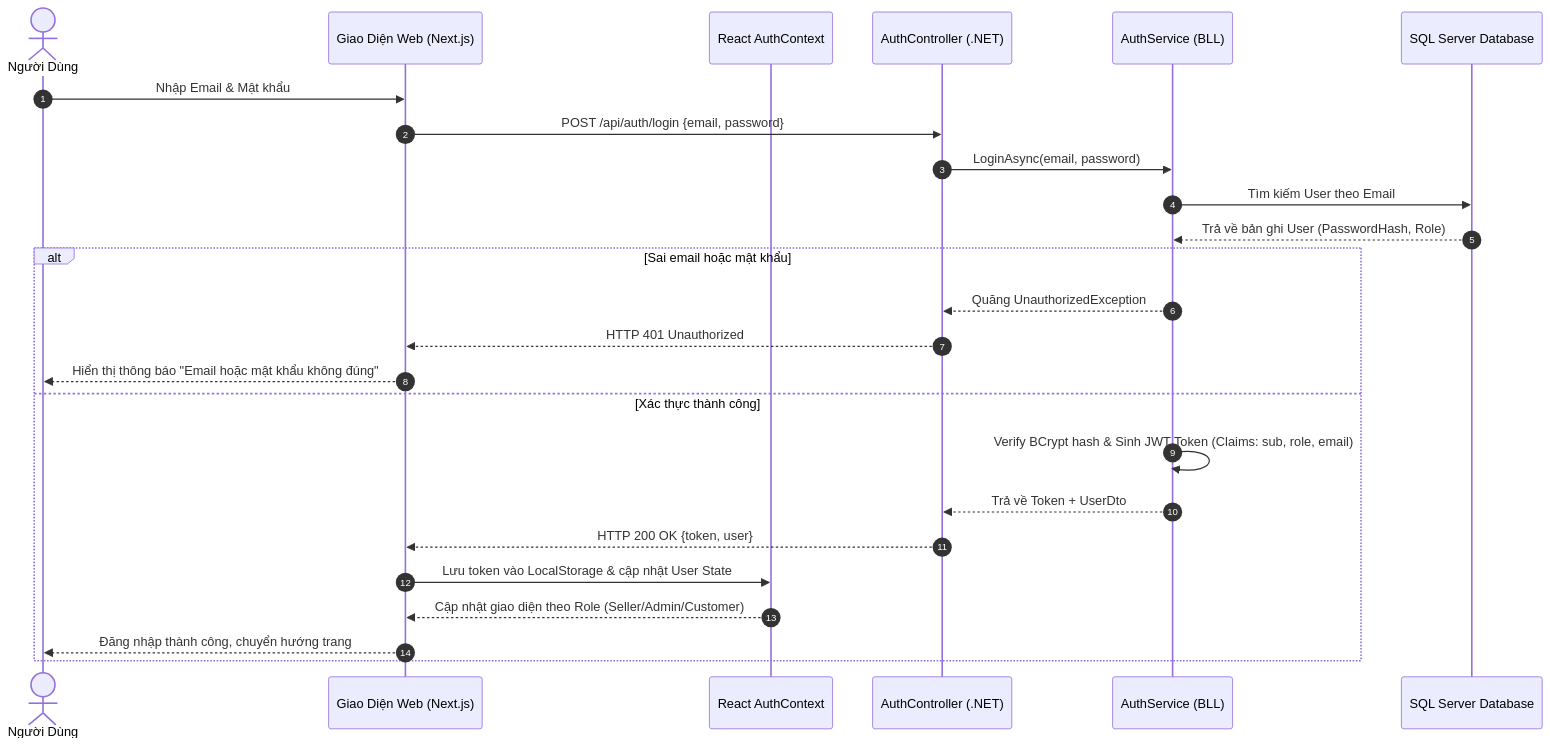
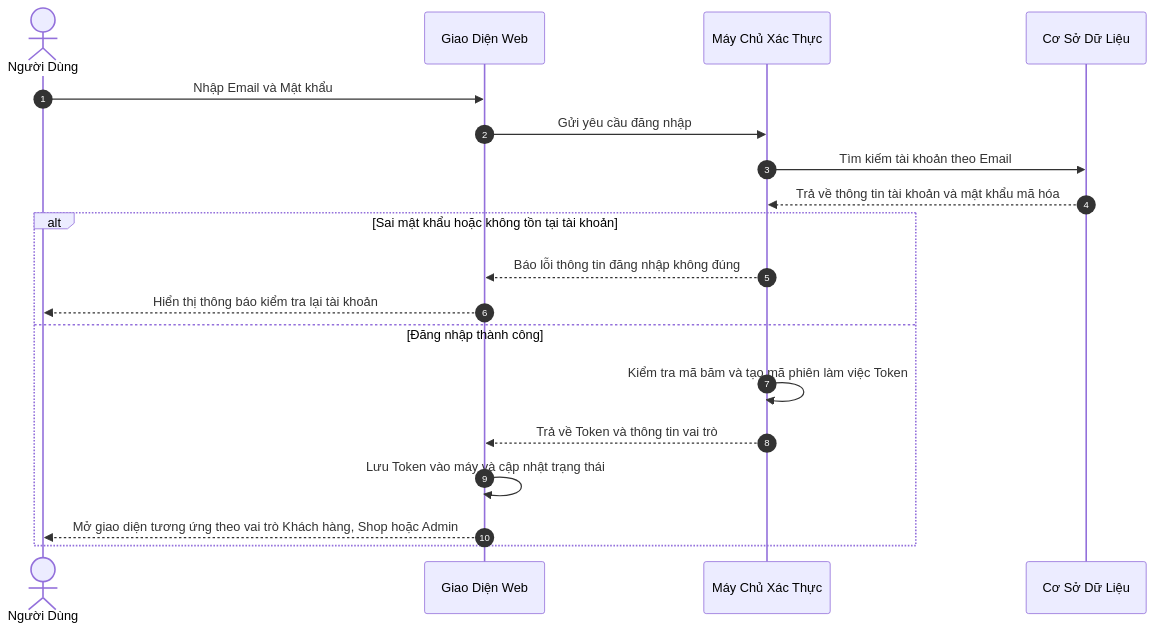
The tenth of 16 diagrams in BAO_CAO_THIET_KE_HE_THONG.md (ducmanh-jr/aethelgard_shopping_mall), drawn with Mermaid before and after one commit. The commit also changed other lines of this file and 310 other files, not shown here.

````diff
--- a/BAO_CAO_THIET_KE_HE_THONG.md
+++ b/BAO_CAO_THIET_KE_HE_THONG.md
@@ -423,29 +476,23 @@
 ```mermaid
 sequenceDiagram
     autonumber
     actor User as Người Dùng
-    participant UI as Giao Diện Web (Next.js)
-    participant AuthContext as React AuthContext
-    participant AuthAPI as AuthController (.NET)
-    participant AuthService as AuthService (BLL)
-    participant DB as SQL Server Database
+    participant UI as Giao Diện Web
+    participant AuthAPI as Máy Chủ Xác Thực
+    participant DB as Cơ Sở Dữ Liệu
 
-    User->>UI: Nhập Email & Mật khẩu
-    UI->>AuthAPI: POST /api/auth/login {email, password}
-    AuthAPI->>AuthService: LoginAsync(email, password)
-    AuthService->>DB: Tìm kiếm User theo Email
-    DB-->>AuthService: Trả về bản ghi User (PasswordHash, Role)
+    User->>UI: Nhập Email và Mật khẩu
+    UI->>AuthAPI: Gửi yêu cầu đăng nhập
+    AuthAPI->>DB: Tìm kiếm tài khoản theo Email
+    DB-->>AuthAPI: Trả về thông tin tài khoản và mật khẩu mã hóa
     
-    alt Sai email hoặc mật khẩu
-        AuthService-->>AuthAPI: Quăng UnauthorizedException
-        AuthAPI-->>UI: HTTP 401 Unauthorized
-        UI-->>User: Hiển thị thông báo "Email hoặc mật khẩu không đúng"
-    else Xác thực thành công
-        AuthService->>AuthService: Verify BCrypt hash & Sinh JWT Token (Claims: sub, role, email)
-        AuthService-->>AuthAPI: Trả về Token + UserDto
-        AuthAPI-->>UI: HTTP 200 OK {token, user}
-        UI->>AuthContext: Lưu token vào LocalStorage & cập nhật User State
-        AuthContext-->>UI: Cập nhật giao diện theo Role (Seller/Admin/Customer)
-        UI-->>User: Đăng nhập thành công, chuyển hướng trang
+    alt Sai mật khẩu hoặc không tồn tại tài khoản
+        AuthAPI-->>UI: Báo lỗi thông tin đăng nhập không đúng
+        UI-->>User: Hiển thị thông báo kiểm tra lại tài khoản
+    else Đăng nhập thành công
+        AuthAPI->>AuthAPI: Kiểm tra mã băm và tạo mã phiên làm việc Token
+        AuthAPI-->>UI: Trả về Token và thông tin vai trò
+        UI->>UI: Lưu Token vào máy và cập nhật trạng thái
+        UI-->>User: Mở giao diện tương ứng theo vai trò Khách hàng, Shop hoặc Admin
     end
 ```
````
